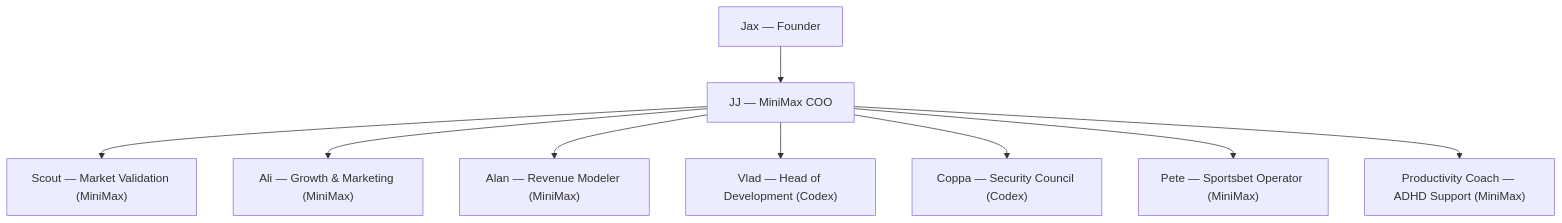
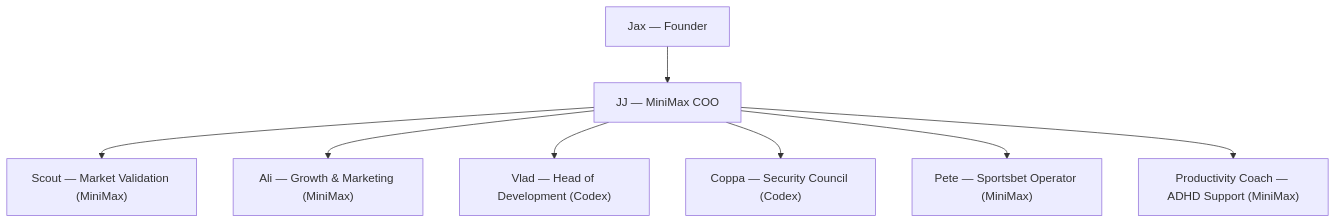
One commit to cryptolyrics/Elevate-Flow changed the diagram in ZERO-MISSION-SOT.md. Above: the diagram before and after it, drawn with Mermaid. The commit also changed other lines of this file, not shown here.

Commit message:
docs(sot): remove Alan from source-of-truth org and roadmap

````diff
--- a/ZERO-MISSION-SOT.md
+++ b/ZERO-MISSION-SOT.md
@@ -13,11 +13,10 @@
 ```mermaid
 graph TD
   Jax["Jax — Founder"] --> JJ["JJ — MiniMax COO"]
   JJ --> Scout["Scout — Market Validation (MiniMax)"]
   JJ --> Ali["Ali — Growth & Marketing (MiniMax)"]
-  JJ --> Alan["Alan — Revenue Modeler (MiniMax)"]
   JJ --> Vlad["Vlad — Head of Development (Codex)"]
   JJ --> Coppa["Coppa — Security Council (Codex)"]
   JJ --> Pete["Pete — Sportsbet Operator (MiniMax)"]
   JJ --> Coach["Productivity Coach — ADHD Support (MiniMax)"]
 ```
````
